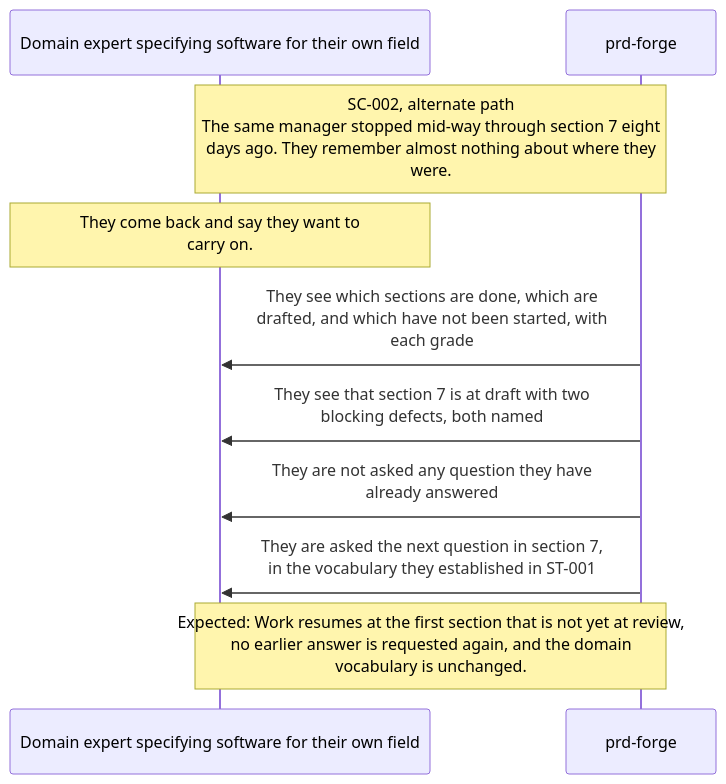
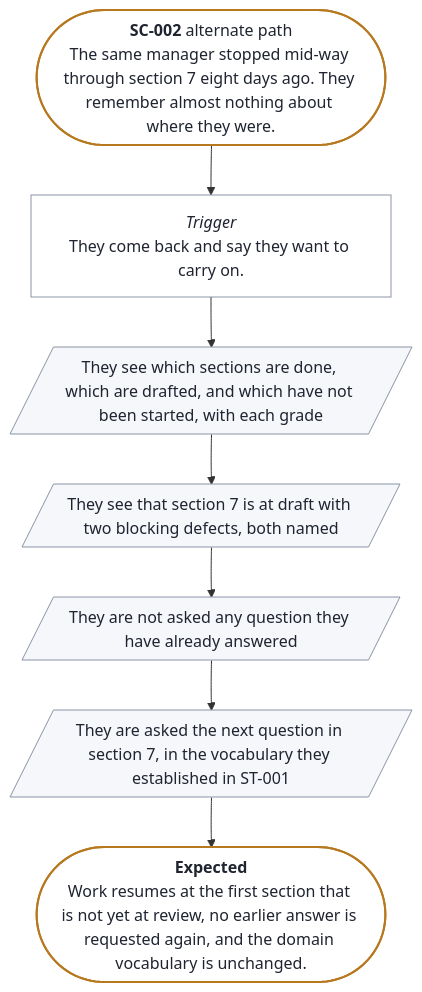
Before and after one commit to SpillwaveSolutions/prd-forge: the diagram in docs/prd/prd-forge/diagrams/SC-002.mmd, drawn with Mermaid. The commit also changed 30 other files, not shown here.

First line of the commit message:
Draw scenarios as flowcharts, and add stage satisfaction and scenario priority

```diff
--- a/docs/prd/prd-forge/diagrams/SC-002.mmd
+++ b/docs/prd/prd-forge/diagrams/SC-002.mmd
@@ -1,11 +1,20 @@
 %% Generated by prd-diagrams.mjs from the scenario front matter. Do not edit.
-sequenceDiagram
-  participant P as Domain expert specifying software for their own field
-  participant S as prd-forge
-  Note over P,S: SC-002, alternate path<br/>The same manager stopped mid-way through section 7 eight<br/>days ago. They remember almost nothing about where they<br/>were.
-  Note over P: They come back and say they want to<br/>carry on.
-  S->>P: They see which sections are done, which are<br/>drafted, and which have not been started, with<br/>each grade
-  S->>P: They see that section 7 is at draft with two<br/>blocking defects, both named
-  S->>P: They are not asked any question they have<br/>already answered
-  S->>P: They are asked the next question in section 7,<br/>in the vocabulary they established in ST-001
-  Note over P,S: Expected: Work resumes at the first section that is not yet at review,<br/>no earlier answer is requested again, and the domain<br/>vocabulary is unchanged.
+%%{init: {"flowchart": {"wrappingWidth": 300}}}%%
+flowchart TB
+  start(["<b>SC-002</b> alternate path<br/>The same manager stopped mid-way through section 7 eight days ago. They remember almost nothing about where they were."])
+  trigger["<i>Trigger</i><br/>They come back and say they want to carry on."]
+  s0[/"They see which sections are done, which are drafted, and which have not been started, with each grade"/]
+  s1[/"They see that section 7 is at draft with two blocking defects, both named"/]
+  s2[/"They are not asked any question they have already answered"/]
+  s3[/"They are asked the next question in section 7, in the vocabulary they established in ST-001"/]
+  done(["<b>Expected</b><br/>Work resumes at the first section that is not yet at review, no earlier answer is requested again, and the domain vocabulary is unchanged."])
+  start --> trigger --> s0 --> s1 --> s2 --> s3 --> done
+  classDef ends fill:#FFFFFF,stroke:#B7791F,stroke-width:2px,color:#1F2430
+  classDef sees fill:#F5F7FA,stroke:#8A94A6,color:#1F2430
+  classDef does fill:#FFFFFF,stroke:#8A94A6,color:#1F2430
+  class start,done ends
+  class s0 sees
+  class s1 sees
+  class s2 sees
+  class s3 sees
+  class trigger does
```
